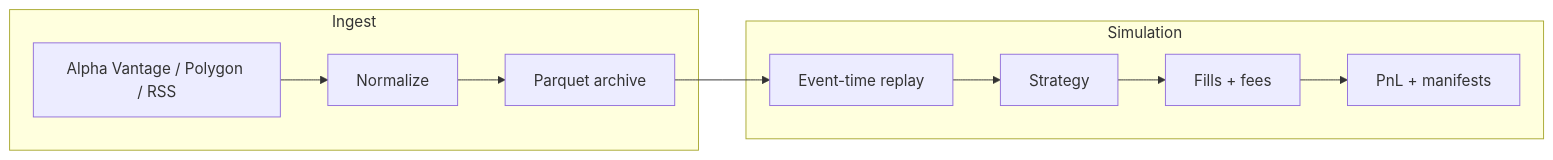
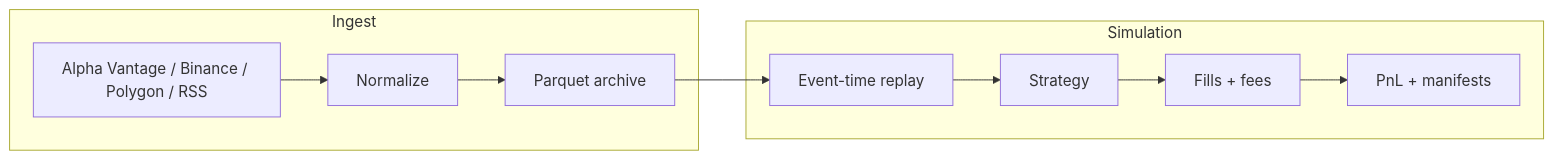
One commit to sweet-little-adder/crucibo changed the diagram in README.md. Above: the diagram before and after it, drawn with Mermaid. The commit also changed other lines of this file and 21 other files, not shown here.

````diff
--- a/README.md
+++ b/README.md
@@ -41,13 +41,13 @@
 ```mermaid
 flowchart LR
   subgraph ingest [Ingest]
-    V[Alpha Vantage / Polygon / RSS] --> N[Normalize]
+    V[Alpha Vantage / Binance / Polygon / RSS] --> N[Normalize]
     N --> P[Parquet archive]
   end
   subgraph sim [Simulation]
     P --> R[Event-time replay]
     R --> S[Strategy]
     S --> F[Fills + fees]
     F --> O[PnL + manifests]
   end
 ```
````
